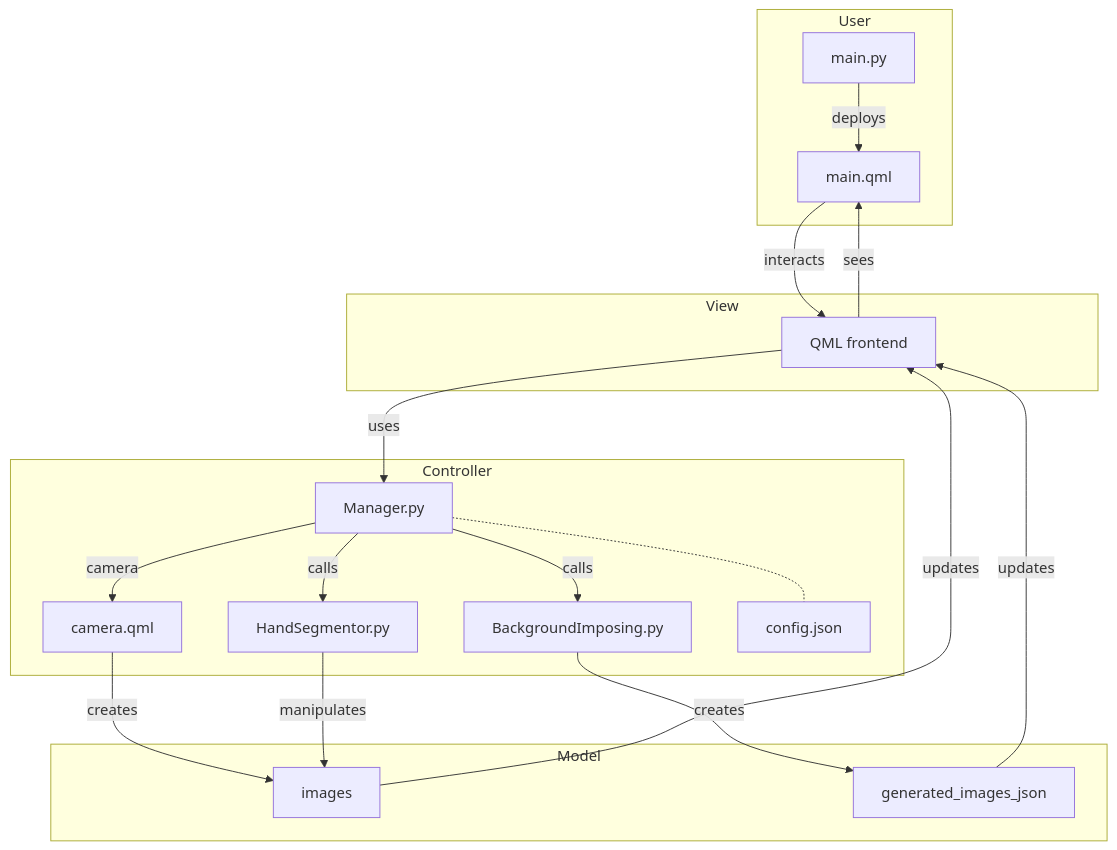
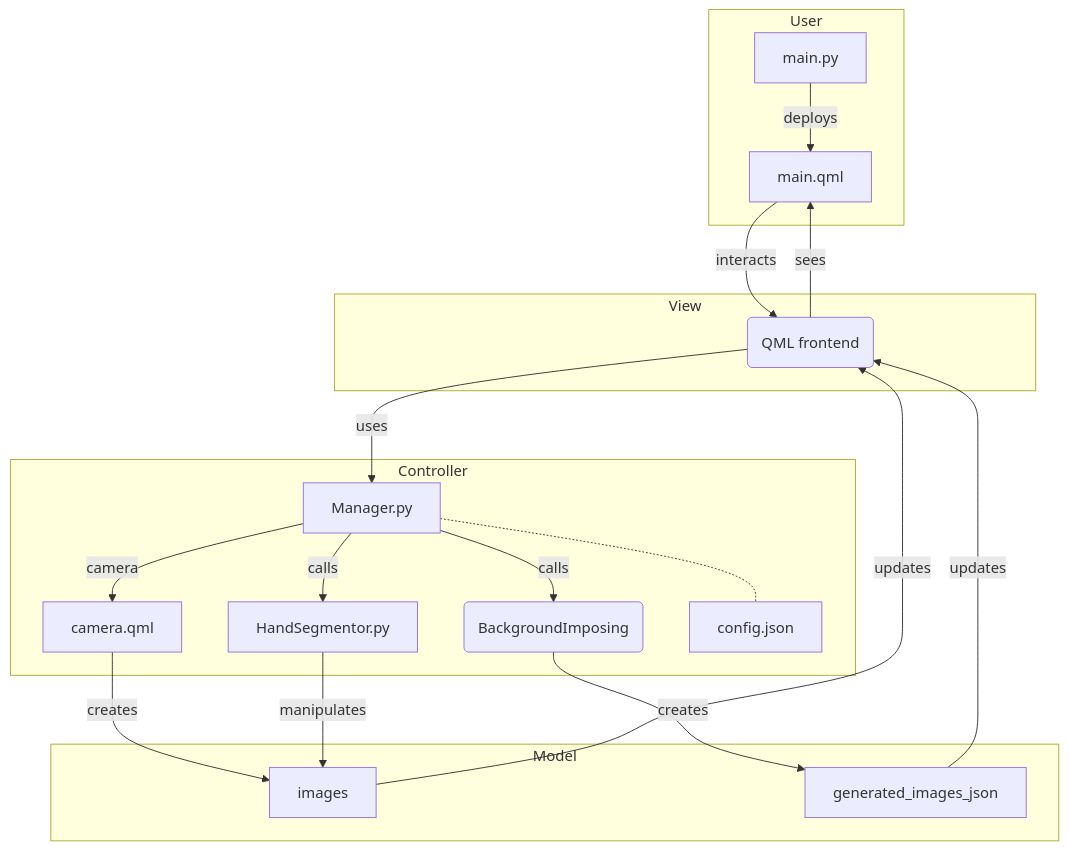
One commit to ISPlatonov/Dataset-generation changed the diagram in README.md. Above: the diagram before and after it, drawn with Mermaid.

Commit message:
couple of fixes in README.md

````diff
--- a/README.md
+++ b/README.md
@@ -29,30 +29,30 @@
 ```mermaid
 graph TB
     
     subgraph User
         user[main.py] --deploys--> main[main.qml]
     end
     subgraph View
-        view[QML frontend]
+        view(QML frontend)
     end
     subgraph Model
         images[images]
         generated_images_json[generated_images_json]
     end
     subgraph Controller
         Mngr[Manager.py]
         Mngr --calls--> HS[HandSegmentor.py]
-        Mngr --calls--> BI[BackgroundImposing.py]
+        Mngr --calls--> BI(BackgroundImposing)
         Mngr --camera--> Cam[camera.qml]
         Mngr -.- Cfg[config.json]
     end
     
     main --interacts--> view
     view --uses--> Mngr
     Cam --creates--> images
     BI --creates--> generated_images_json
     HS --manipulates--> images
     images --updates--> view
     generated_images_json --updates--> view
     view --sees--> main
 ```
````
